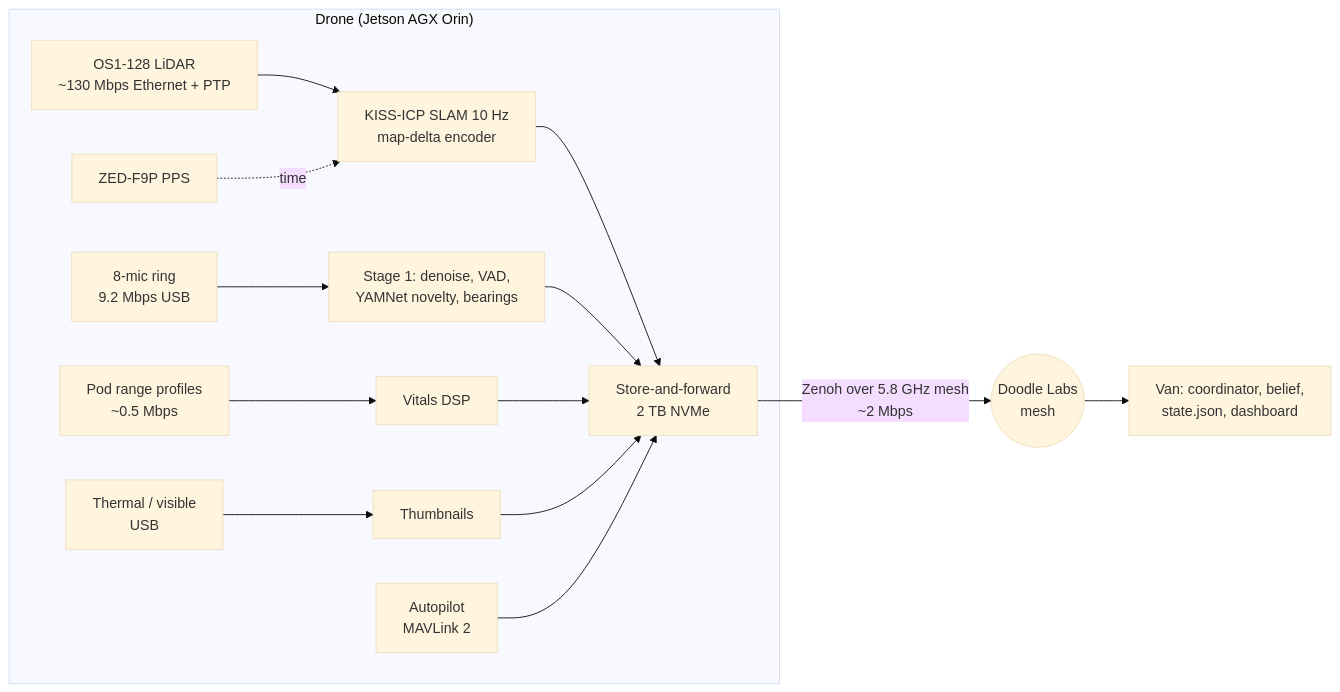
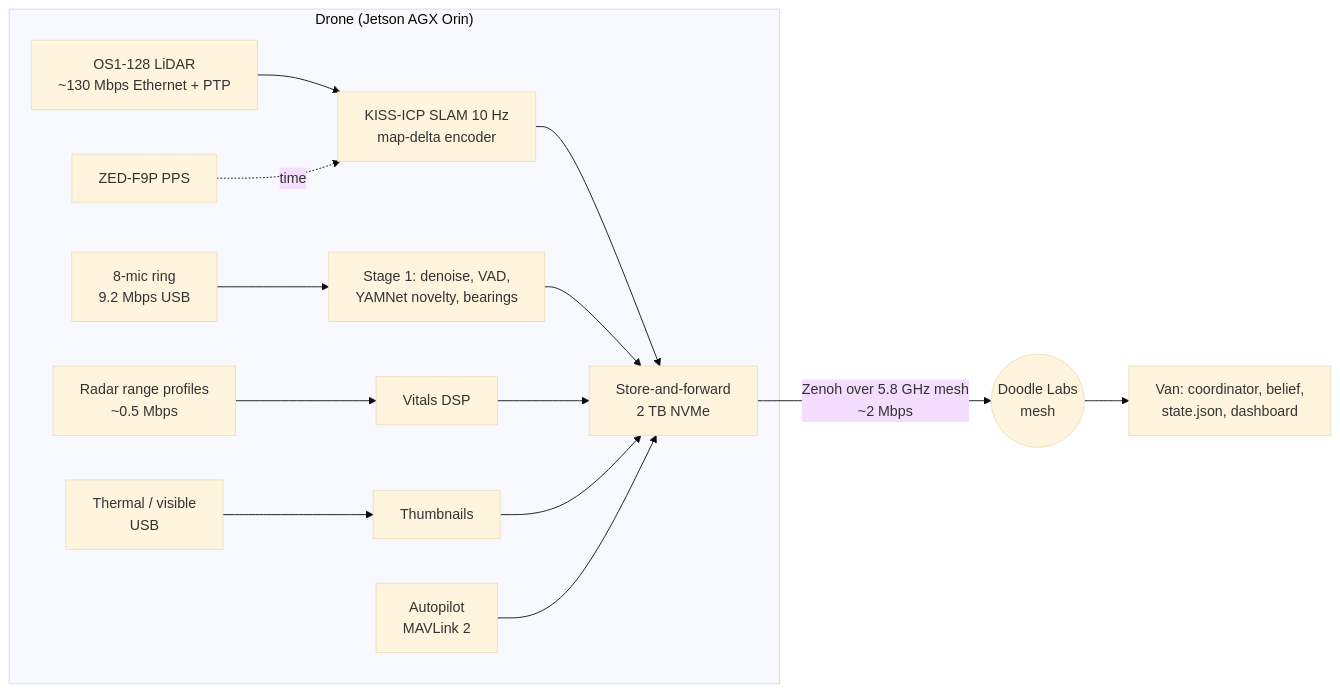
One commit to rohansharmacode/skysearch changed the first of 7 diagrams in larpverse/docs/COMMS_ARCHITECTURE.md. Above: the diagram before and after it, drawn with Mermaid (base theme). The commit also changed other lines of this file and 37 other files, not shown here.

First line of the commit message:
larpverse: docs+HUD: radar is mounted on the drone (lands on a flat rubble spot, belly radar scans down); retire winch-pod wording, text only

````diff
--- a/larpverse/docs/COMMS_ARCHITECTURE.md
+++ b/larpverse/docs/COMMS_ARCHITECTURE.md
@@ -22,17 +22,17 @@
 ```mermaid
 flowchart LR
   subgraph DRONE["Drone (Jetson AGX Orin)"]
     L["OS1-128 LiDAR<br/>~130 Mbps Ethernet + PTP"] --> SLAM["KISS-ICP SLAM 10 Hz<br/>map-delta encoder"]
     M["8-mic ring<br/>9.2 Mbps USB"] --> A1["Stage 1: denoise, VAD,<br/>YAMNet novelty, bearings"]
     T["Thermal / visible<br/>USB"] --> TH["Thumbnails"]
     G["ZED-F9P PPS"] -.time.-> SLAM
-    POD["Pod range profiles<br/>~0.5 Mbps"] --> V["Vitals DSP"]
+    POD["Radar range profiles<br/>~0.5 Mbps"] --> V["Vitals DSP"]
     SLAM --> SF["Store-and-forward<br/>2 TB NVMe"]
     A1 --> SF
     V --> SF
     TH --> SF
     FC["Autopilot<br/>MAVLink 2"] --> SF
   end
   SF -->|"Zenoh over 5.8 GHz mesh<br/>~2 Mbps"| MESH(("Doodle Labs<br/>mesh"))
   MESH --> VAN["Van: coordinator, belief,<br/>state.json, dashboard"]
 ```
````
